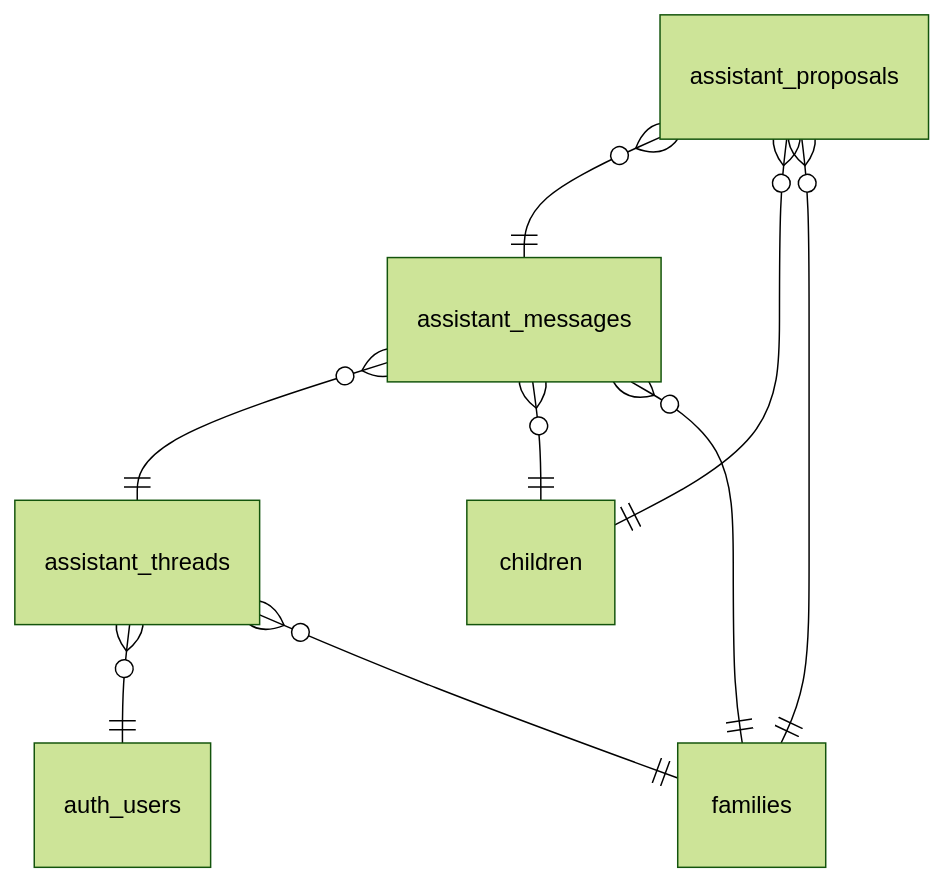
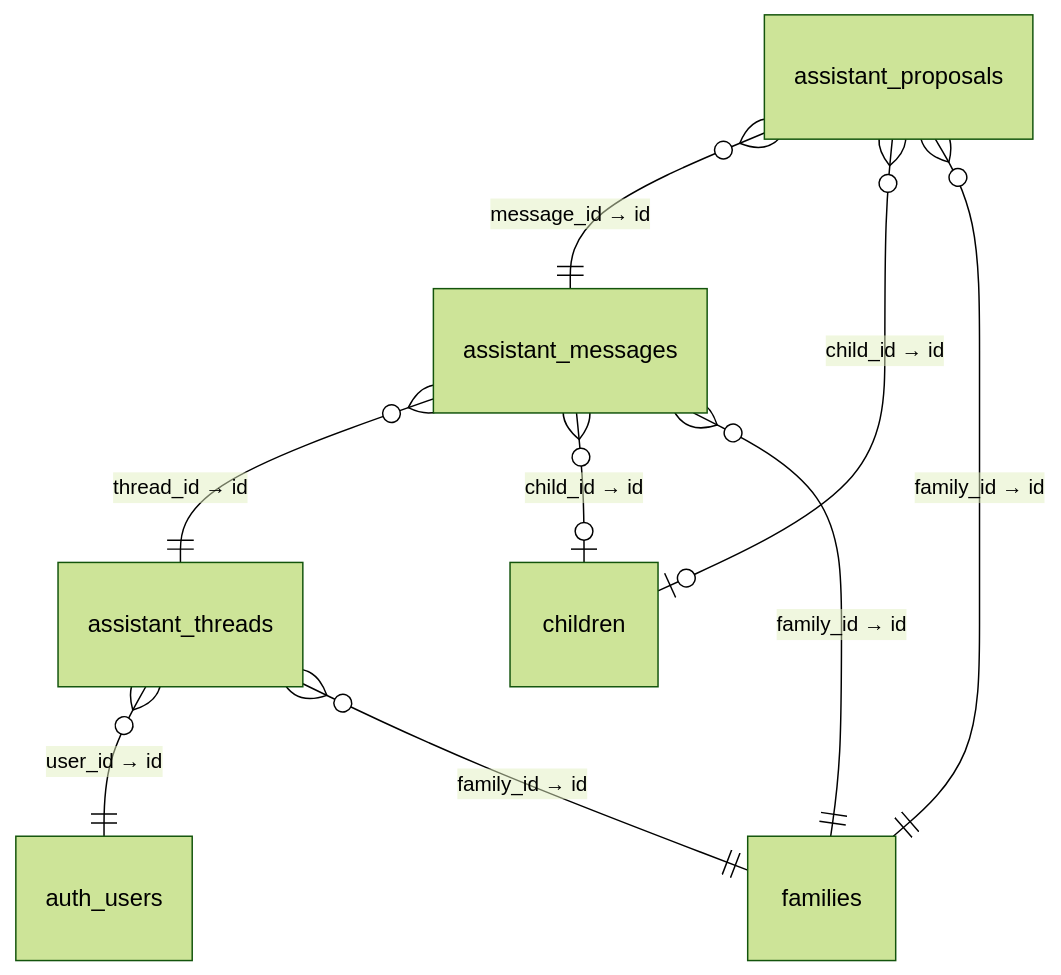
One commit to obhht2302-ctrl/AIO_team_04_final_project changed the fifth of 6 diagrams in DOC/Step 2/데이터베이스 스키마 설계서.md. Above: the diagram before and after it, drawn with Mermaid (forest theme). The commit also changed other lines of this file and 1 other file, not shown here.

````diff
--- a/DOC/Step 2/데이터베이스 스키마 설계서.md
+++ b/DOC/Step 2/데이터베이스 스키마 설계서.md
@@ -244,15 +197,11 @@
 ```mermaid
 erDiagram
-  assistant_messages }o--|| assistant_threads : ""
-  assistant_messages }o--|| children : ""
-  assistant_messages }o--|| families : ""
-  assistant_proposals }o--|| assistant_messages : ""
-  assistant_proposals }o--|| children : ""
-  assistant_proposals }o--|| families : ""
-  assistant_threads }o--|| auth_users : ""
-  assistant_threads }o--|| families : ""
-  %% 다른 도메인(기준 노드): auth_users, children, families
-  assistant_threads { }
-  assistant_messages { }
-  assistant_proposals { }
+  assistant_messages }o--|| assistant_threads : "thread_id → id"
+  assistant_messages }o--o| children : "child_id → id"
+  assistant_messages }o--|| families : "family_id → id"
+  assistant_proposals }o--|| assistant_messages : "message_id → id"
+  assistant_proposals }o--o| children : "child_id → id"
+  assistant_proposals }o--|| families : "family_id → id"
+  assistant_threads }o--|| auth_users : "user_id → id"
+  assistant_threads }o--|| families : "family_id → id"
 ```
````
